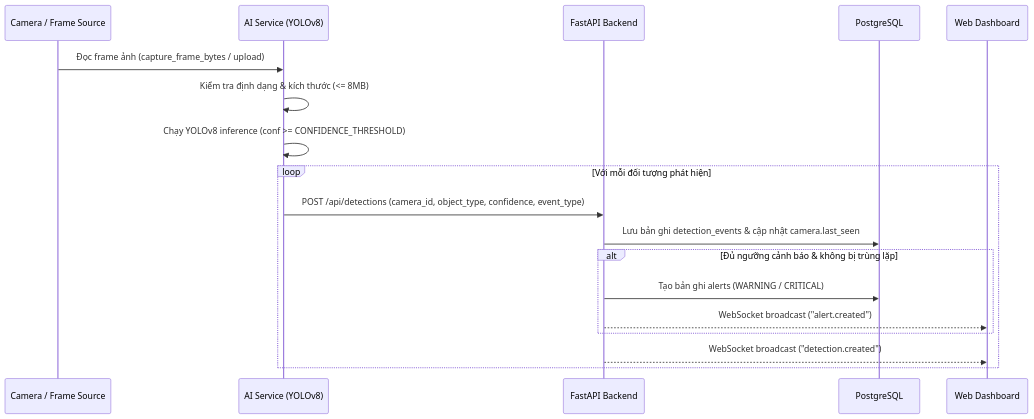
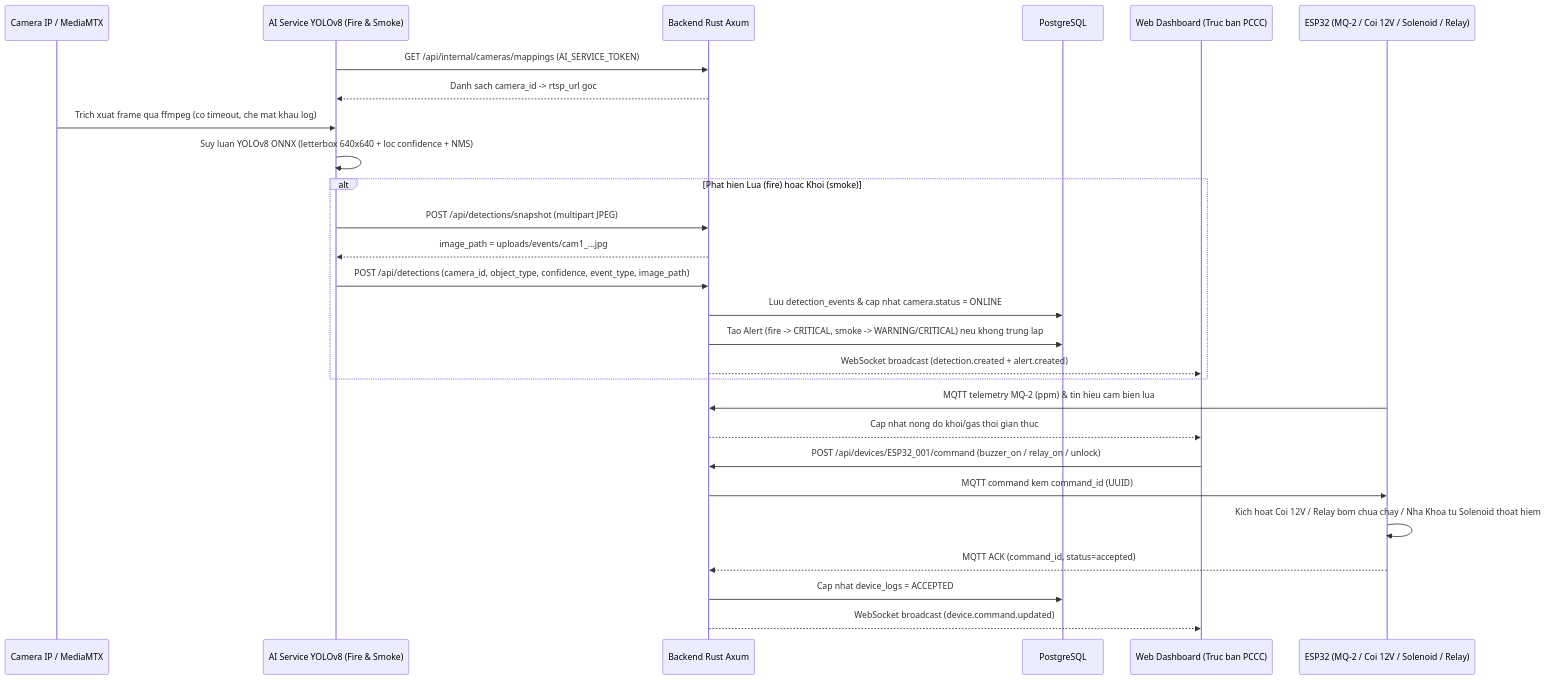
Before and after one commit to LuongBaoLoc/security-monitoring-system: the second of 2 diagrams in docs/ARCHITECTURE.md, drawn with Mermaid. The commit also changed other lines of this file and 42 other files, not shown here.

Commit message:
Hoàn thiện Tuần 5-6 (Auth, Camera RTSP, AI YOLOv8 ONNX, Snapshot & WebSocket) và đồng bộ hạ tầng PCCC

````diff
--- a/docs/ARCHITECTURE.md
+++ b/docs/ARCHITECTURE.md
@@ -66,21 +91,30 @@
 ```mermaid
 sequenceDiagram
-    participant Cam as Camera / Frame Source
-    participant AI as AI Service (YOLOv8)
-    participant BE as FastAPI Backend
+    participant Cam as Camera IP / MediaMTX
+    participant AI as AI Service YOLOv8 (Fire & Smoke)
+    participant BE as Backend Rust Axum
     participant DB as PostgreSQL
-    participant UI as Web Dashboard
+    participant UI as Web Dashboard (Truc ban PCCC)
+    participant ESP as ESP32 (MQ-2 / Coi 12V / Solenoid / Relay)
 
-    Cam->>AI: Đọc frame ảnh (capture_frame_bytes / upload)
-    AI->>AI: Kiểm tra định dạng & kích thước (<= 8MB)
-    AI->>AI: Chạy YOLOv8 inference (conf >= CONFIDENCE_THRESHOLD)
-    loop Với mỗi đối tượng phát hiện
-        AI->>BE: POST /api/detections (camera_id, object_type, confidence, event_type)
-        BE->>DB: Lưu bản ghi detection_events & cập nhật camera.last_seen
-        alt Đủ ngưỡng cảnh báo & không bị trùng lặp
-            BE->>DB: Tạo bản ghi alerts (WARNING / CRITICAL)
-            BE-->>UI: WebSocket broadcast ("alert.created")
-        end
-        BE-->>UI: WebSocket broadcast ("detection.created")
+    AI->>BE: GET /api/internal/cameras/mappings (AI_SERVICE_TOKEN)
+    BE-->>AI: Danh sach camera_id -> rtsp_url goc
+    Cam->>AI: Trich xuat frame qua ffmpeg (co timeout, che mat khau log)
+    AI->>AI: Suy luan YOLOv8 ONNX (letterbox 640x640 + loc confidence + NMS)
+    alt Phat hien Lua (fire) hoac Khoi (smoke)
+        AI->>BE: POST /api/detections/snapshot (multipart JPEG)
+        BE-->>AI: image_path = uploads/events/cam1_...jpg
+        AI->>BE: POST /api/detections (camera_id, object_type, confidence, event_type, image_path)
+        BE->>DB: Luu detection_events & cap nhat camera.status = ONLINE
+        BE->>DB: Tao Alert (fire -> CRITICAL, smoke -> WARNING/CRITICAL) neu khong trung lap
+        BE-->>UI: WebSocket broadcast (detection.created + alert.created)
     end
+    ESP->>BE: MQTT telemetry MQ-2 (ppm) & tin hieu cam bien lua
+    BE-->>UI: Cap nhat nong do khoi/gas thoi gian thuc
+    UI->>BE: POST /api/devices/ESP32_001/command (buzzer_on / relay_on / unlock)
+    BE->>ESP: MQTT command kem command_id (UUID)
+    ESP->>ESP: Kich hoat Coi 12V / Relay bom chua chay / Nha Khoa tu Solenoid thoat hiem
+    ESP-->>BE: MQTT ACK (command_id, status=accepted)
+    BE->>DB: Cap nhat device_logs = ACCEPTED
+    BE-->>UI: WebSocket broadcast (device.command.updated)
 ```
````
